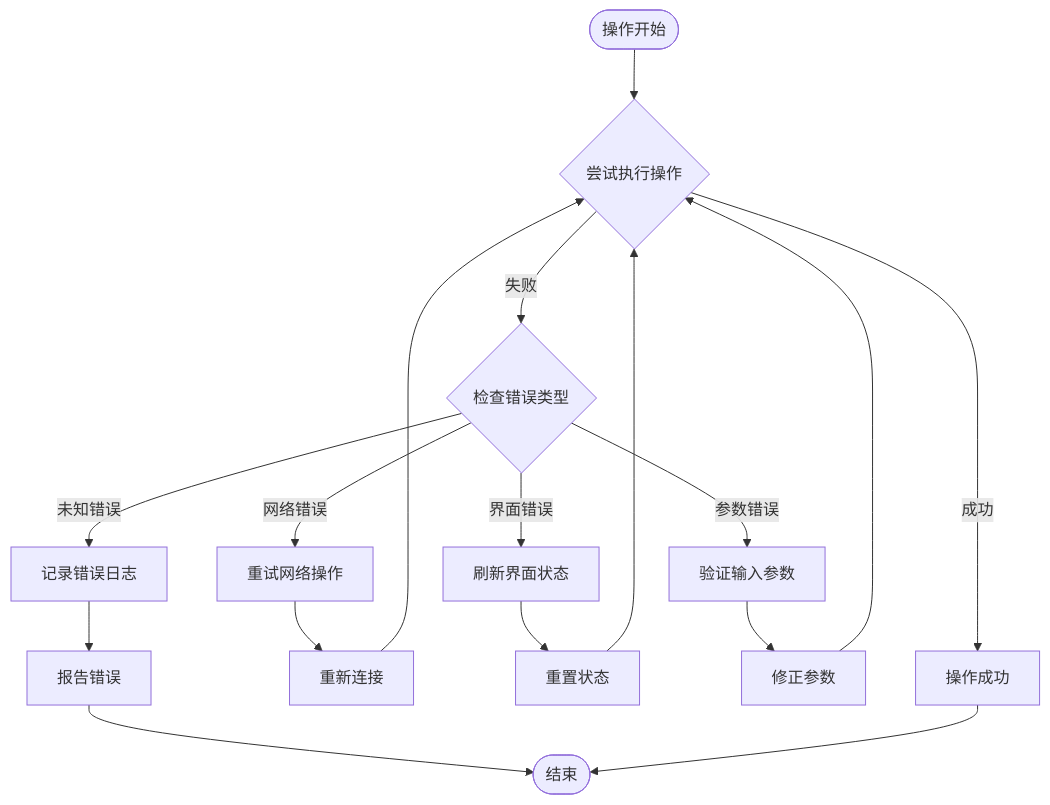
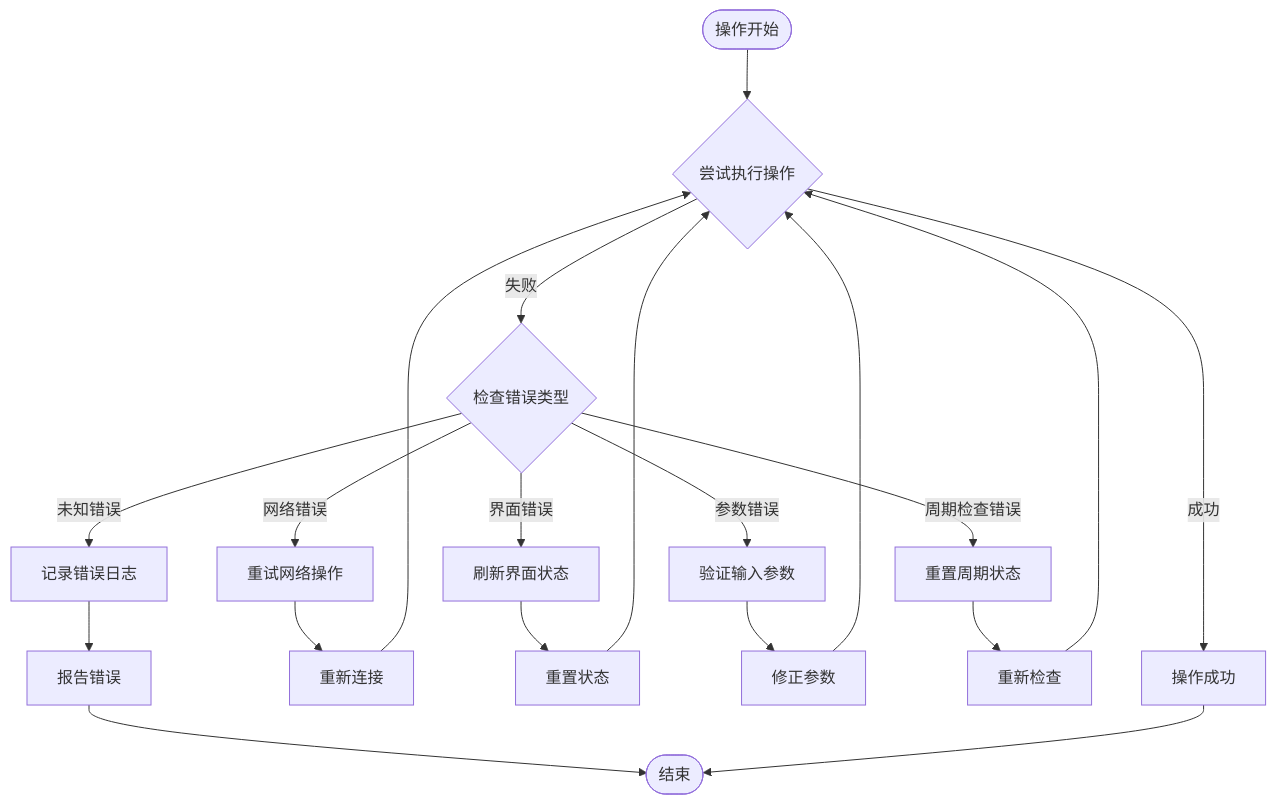
The ninth of 9 diagrams in .qoder/repowiki/zh/content/Daily Purchase Functionality.md (kqcoxn/MaaDuDuL), drawn with Mermaid before and after one commit. The commit also changed other lines of this file and 9 other files, not shown here.

````diff
--- a/.qoder/repowiki/zh/content/Daily Purchase Functionality.md
+++ b/.qoder/repowiki/zh/content/Daily Purchase Functionality.md
@@ -397,19 +501,22 @@
 ```mermaid
 flowchart TD
 Start([操作开始]) --> TryOperation{尝试执行操作}
 TryOperation --> |成功| Success[操作成功]
 TryOperation --> |失败| CheckError{检查错误类型}
 CheckError --> |网络错误| RetryNetwork[重试网络操作]
 CheckError --> |界面错误| RefreshUI[刷新界面状态]
 CheckError --> |参数错误| ValidateParams[验证输入参数]
+CheckError --> |周期检查错误| ResetCycle[重置周期状态]
 CheckError --> |未知错误| LogError[记录错误日志]
 RetryNetwork --> Reconnect[重新连接]
 RefreshUI --> ResetState[重置状态]
 ValidateParams --> FixParams[修正参数]
+ResetCycle --> Recheck[重新检查]
 LogError --> ReportError[报告错误]
 Reconnect --> TryOperation
 ResetState --> TryOperation
 FixParams --> TryOperation
+Recheck --> TryOperation
 ReportError --> End([结束])
 Success --> End
 ```
````
